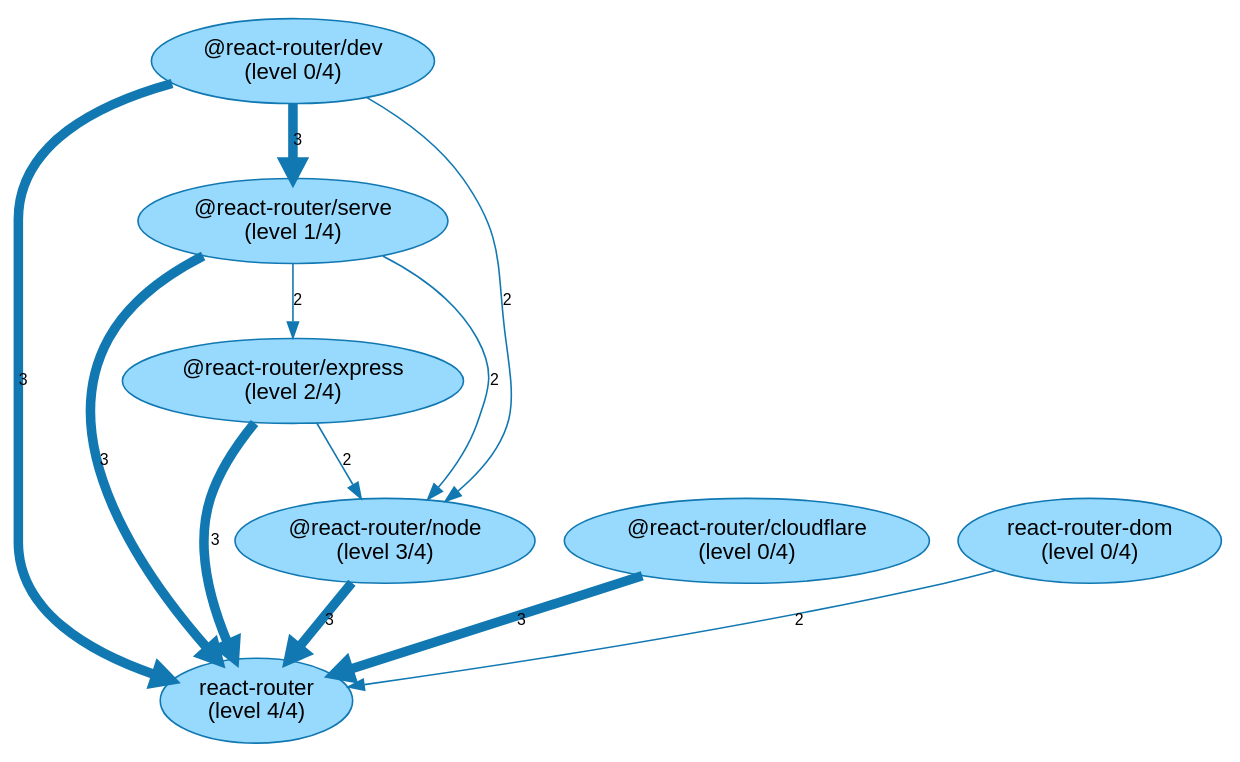
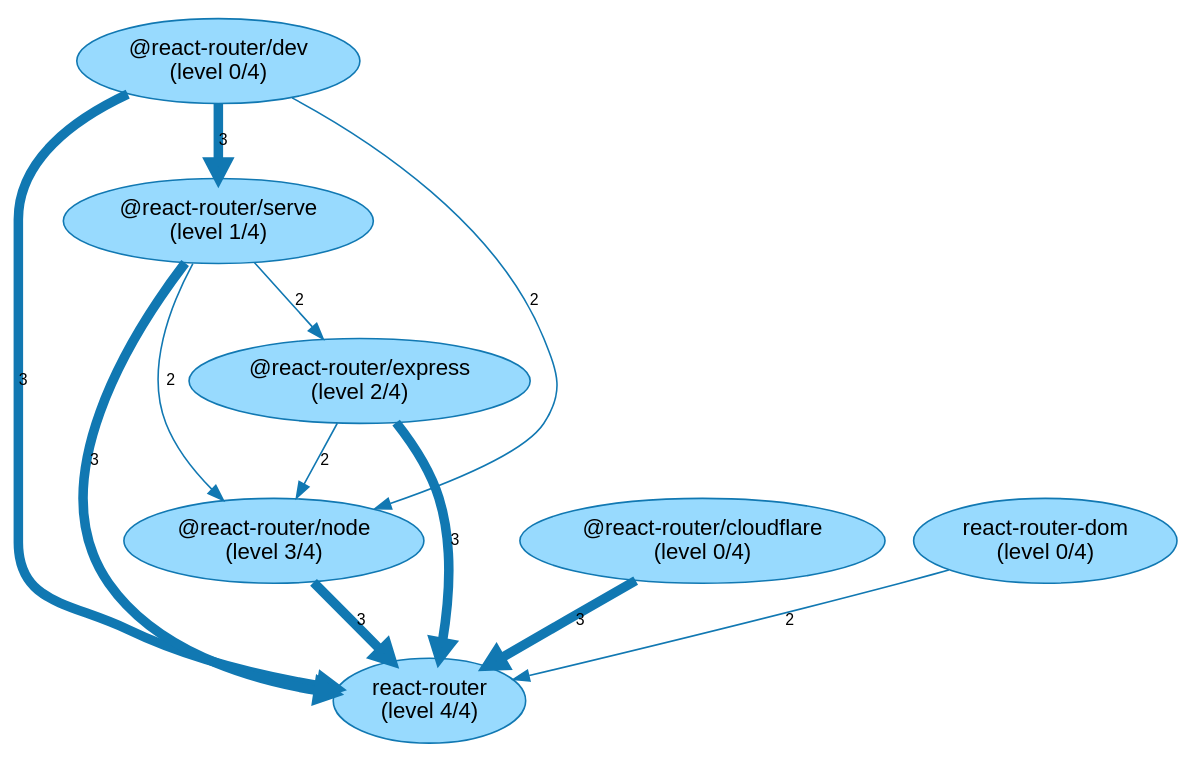
One commit to JohT/code-graph-analysis-examples changed the diagram in analysis-results/react-router/react-router-7.18.1/internal-dependencies/NPM_NonDevPackage/Graph_Visualizations/NpmPackageBuildLevels.gv. Above: the diagram before and after it, drawn with Graphviz. The commit also changed other lines of this file and 517 other files, not shown here.

```diff
--- a/analysis-results/react-router/react-router-7.18.1/internal-dependencies/NPM_NonDevPackage/Graph_Visualizations/NpmPackageBuildLevels.gv
+++ b/analysis-results/react-router/react-router-7.18.1/internal-dependencies/NPM_NonDevPackage/Graph_Visualizations/NpmPackageBuildLevels.gv
@@ -1,21 +1,21 @@
 // This GraphViz dot file was generated by the script convertQueryResultCsvToGraphVizDotFile.sh with default.template
 
 strict digraph NpmPackageBuildLevels {
     fontname = "Helvetica,Arial,sans-serif";
     node [fontname = "Helvetica,Arial,sans-serif";];
     edge [fontname = "Helvetica,Arial,sans-serif"; fontsize = 10;];
     node [style = filled; fillcolor = "0.560 0.400 0.999";];
     node [color = "0.560 0.900 0.700";];
     edge [color = "0.560 0.900 0.700";];
 	"@react-router/dev\n(level 0/4)" -> "react-router\n(level 4/4)" [label = 3; penwidth = 6.0; ];
 	"@react-router/node\n(level 3/4)" -> "react-router\n(level 4/4)" [label = 3; penwidth = 6.0; ];
+	"@react-router/serve\n(level 1/4)" -> "react-router\n(level 4/4)" [label = 3; penwidth = 6.0; ];
 	"@react-router/express\n(level 2/4)" -> "react-router\n(level 4/4)" [label = 3; penwidth = 6.0; ];
-	"@react-router/serve\n(level 1/4)" -> "react-router\n(level 4/4)" [label = 3; penwidth = 6.0; ];
 	"@react-router/cloudflare\n(level 0/4)" -> "react-router\n(level 4/4)" [label = 3; penwidth = 6.0; ];
 	"@react-router/dev\n(level 0/4)" -> "@react-router/serve\n(level 1/4)" [label = 3; penwidth = 6.0; ];
 	"react-router-dom\n(level 0/4)" -> "react-router\n(level 4/4)" [label = 2; penwidth = 1.0; ];
-	"@react-router/express\n(level 2/4)" -> "@react-router/node\n(level 3/4)" [label = 2; penwidth = 1.0; ];
 	"@react-router/serve\n(level 1/4)" -> "@react-router/node\n(level 3/4)" [label = 2; penwidth = 1.0; ];
 	"@react-router/dev\n(level 0/4)" -> "@react-router/node\n(level 3/4)" [label = 2; penwidth = 1.0; ];
+	"@react-router/express\n(level 2/4)" -> "@react-router/node\n(level 3/4)" [label = 2; penwidth = 1.0; ];
 	"@react-router/serve\n(level 1/4)" -> "@react-router/express\n(level 2/4)" [label = 2; penwidth = 1.0; ];
 }
```
